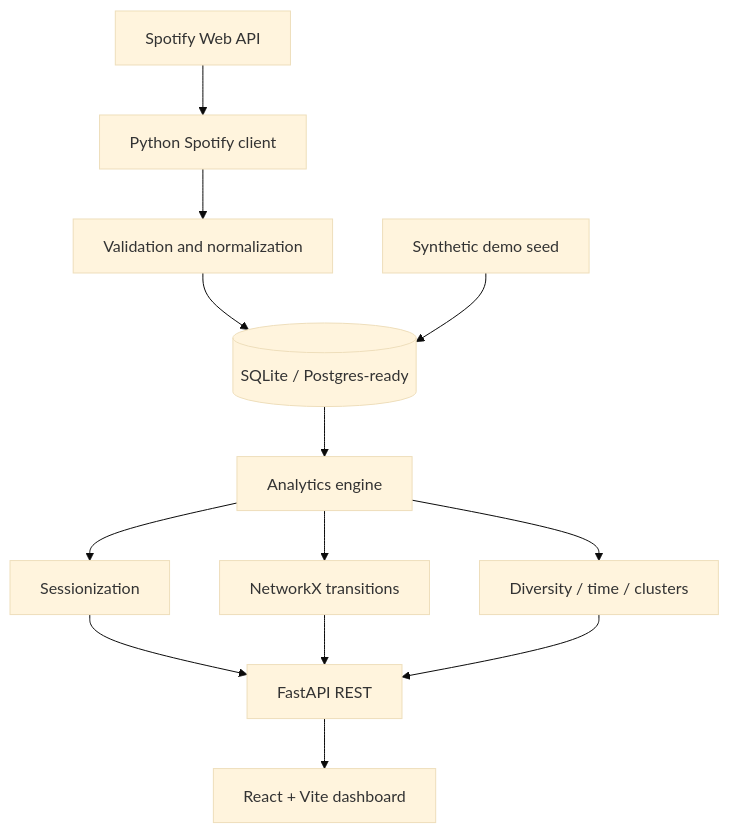
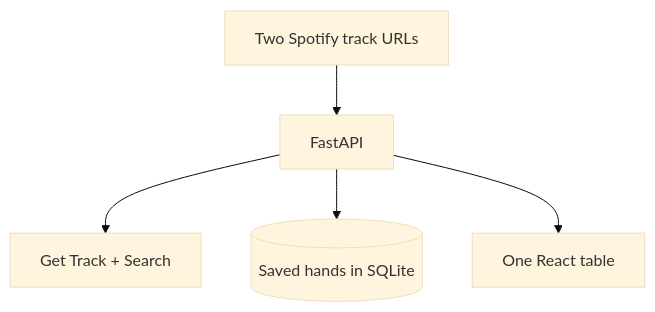
Before and after one commit to jols11/dealt-spotify: the diagram in README.md, drawn with Mermaid (base theme). The commit also changed other lines of this file and 27 other files, not shown here.

First line of the commit message:
Replace the listening graph with a single stacked-card deal table

````diff
--- a/README.md
+++ b/README.md
@@ -28,15 +19,7 @@
 ```mermaid
 flowchart TD
-  Spotify[Spotify Web API] --> Client[Python Spotify client]
-  Client --> Ingest[Validation and normalization]
-  Ingest --> DB[(SQLite / Postgres-ready)]
-  Demo[Synthetic demo seed] --> DB
-  DB --> Engine[Analytics engine]
-  Engine --> Sessions[Sessionization]
-  Engine --> Graph[NetworkX transitions]
-  Engine --> Stats[Diversity / time / clusters]
-  Sessions --> API[FastAPI REST]
-  Graph --> API
-  Stats --> API
-  API --> UI[React + Vite dashboard]
+  Links[Two Spotify track URLs] --> API[FastAPI]
+  API --> Spotify[Get Track + Search]
+  API --> Hands[(Saved hands in SQLite)]
+  API --> UI[One React table]
 ```
````
